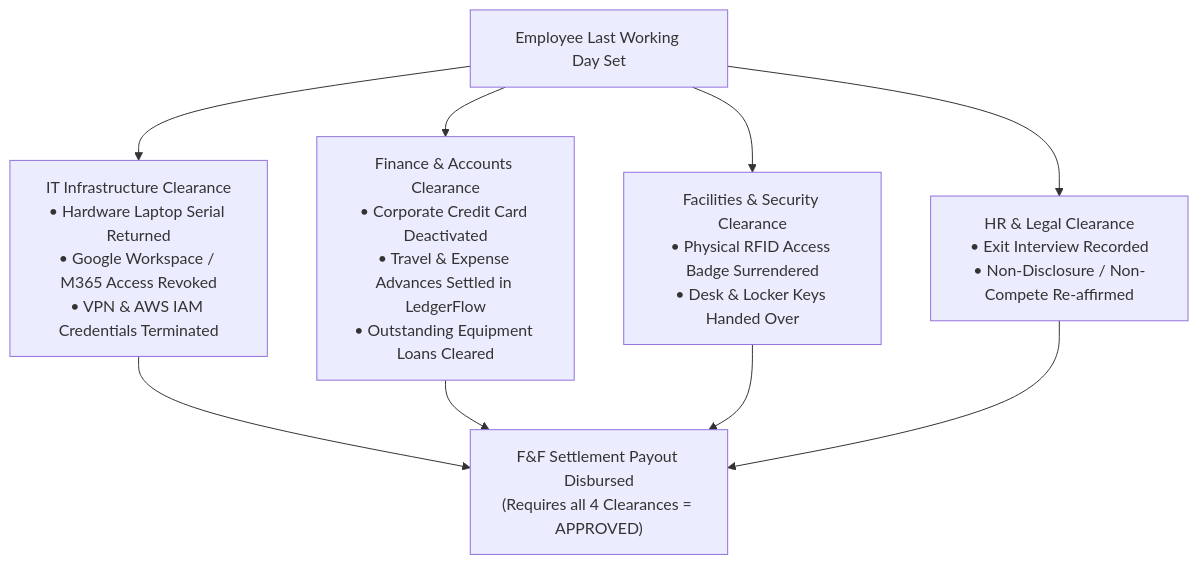
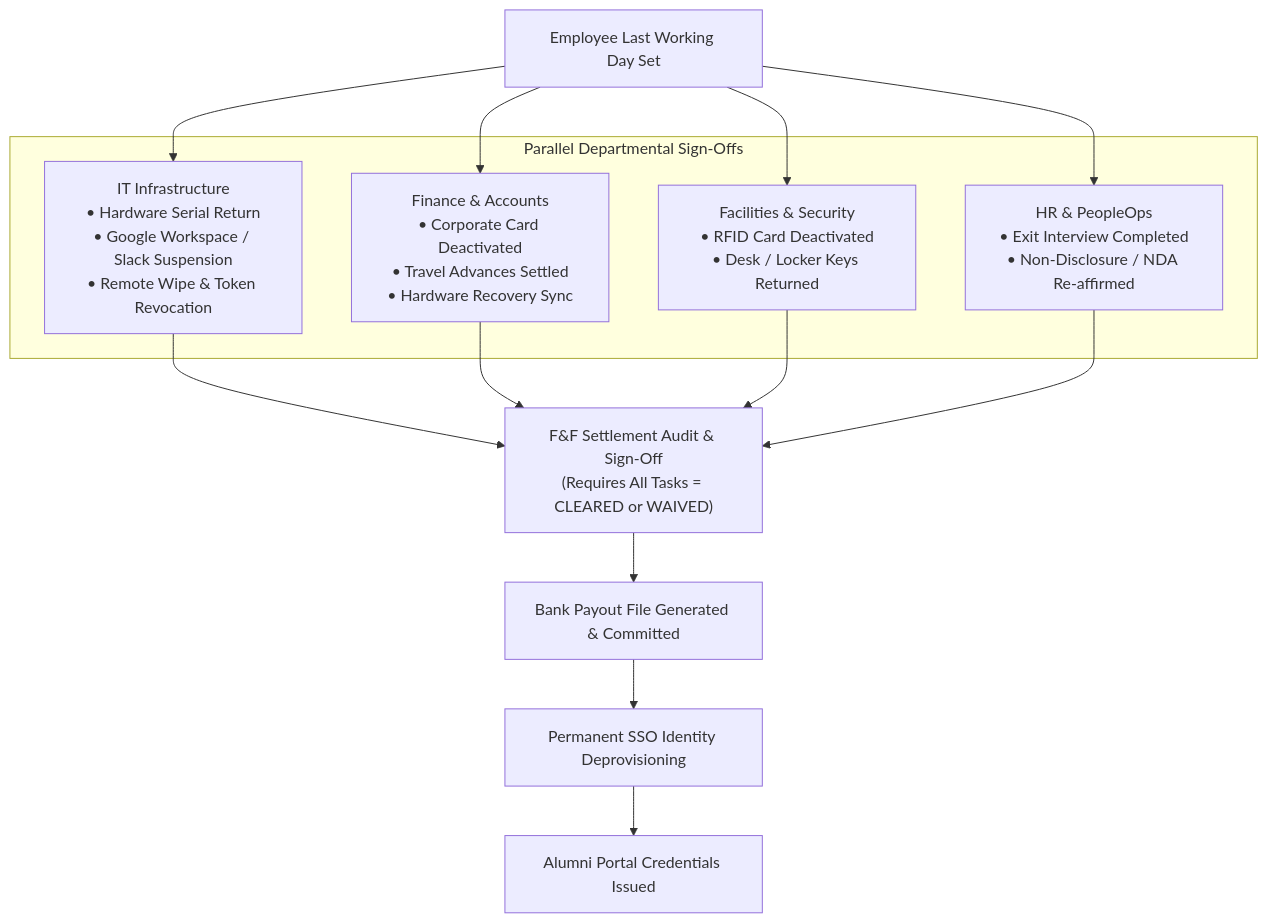
The fourth of 5 diagrams in research/final_modules/hrms/05_offboarding_and_final_settlement.md (innostes-dev/erp), drawn with Mermaid before and after one commit. The commit also changed other lines of this file and 3 other files, not shown here.

Commit message:
feat(hrms-offboarding): complete canonical separation lifecycle, clearance DAG, gratuity engine, F&F studio, and alumni vault

````diff
--- a/research/final_modules/hrms/05_offboarding_and_final_settlement.md
+++ b/research/final_modules/hrms/05_offboarding_and_final_settlement.md
@@ -84,24 +184,33 @@
 ```mermaid
 flowchart TD
-    Separation["Employee Last Working Day Set"]
+    LWDSet["Employee Last Working Day Set"]
     
-    IT["IT Infrastructure Clearance<br/>• Hardware Laptop Serial Returned<br/>• Google Workspace / M365 Access Revoked<br/>• VPN & AWS IAM Credentials Terminated"]
+    subgraph ParallelClearances["Parallel Departmental Sign-Offs"]
+        IT["IT Infrastructure<br/>• Hardware Serial Return<br/>• Google Workspace / Slack Suspension<br/>• Remote Wipe & Token Revocation"]
+        
+        Finance["Finance & Accounts<br/>• Corporate Card Deactivated<br/>• Travel Advances Settled<br/>• Hardware Recovery Sync"]
+        
+        Facilities["Facilities & Security<br/>• RFID Card Deactivated<br/>• Desk / Locker Keys Returned"]
+        
+        HR["HR & PeopleOps<br/>• Exit Interview Completed<br/>• Non-Disclosure / NDA Re-affirmed"]
+    end
+
+    SettlementAudit["F&F Settlement Audit & Sign-Off<br/>(Requires All Tasks = CLEARED or WAIVED)"]
+    BankDisburse["Bank Payout File Generated & Committed"]
+    SSOTerminate["Permanent SSO Identity Deprovisioning"]
+    Alumni["Alumni Portal Credentials Issued"]
+
+    LWDSet --> IT
+    LWDSet --> Finance
+    LWDSet --> Facilities
+    LWDSet --> HR
     
-    Finance["Finance & Accounts Clearance<br/>• Corporate Credit Card Deactivated<br/>• Travel & Expense Advances Settled in LedgerFlow<br/>• Outstanding Equipment Loans Cleared"]
+    IT --> SettlementAudit
+    Finance --> SettlementAudit
+    Facilities --> SettlementAudit
+    HR --> SettlementAudit
     
-    Facilities["Facilities & Security Clearance<br/>• Physical RFID Access Badge Surrendered<br/>• Desk & Locker Keys Handed Over"]
-    
-    HR["HR & Legal Clearance<br/>• Exit Interview Recorded<br/>• Non-Disclosure / Non-Compete Re-affirmed"]
-    
-    Lock["F&F Settlement Payout Disbursed<br/>(Requires all 4 Clearances = APPROVED)"]
-
-    Separation --> IT
-    Separation --> Finance
-    Separation --> Facilities
-    Separation --> HR
-    
-    IT --> Lock
-    Finance --> Lock
-    Facilities --> Lock
-    HR --> Lock
+    SettlementAudit --> BankDisburse
+    BankDisburse --> SSOTerminate
+    SSOTerminate --> Alumni
 ```
````
